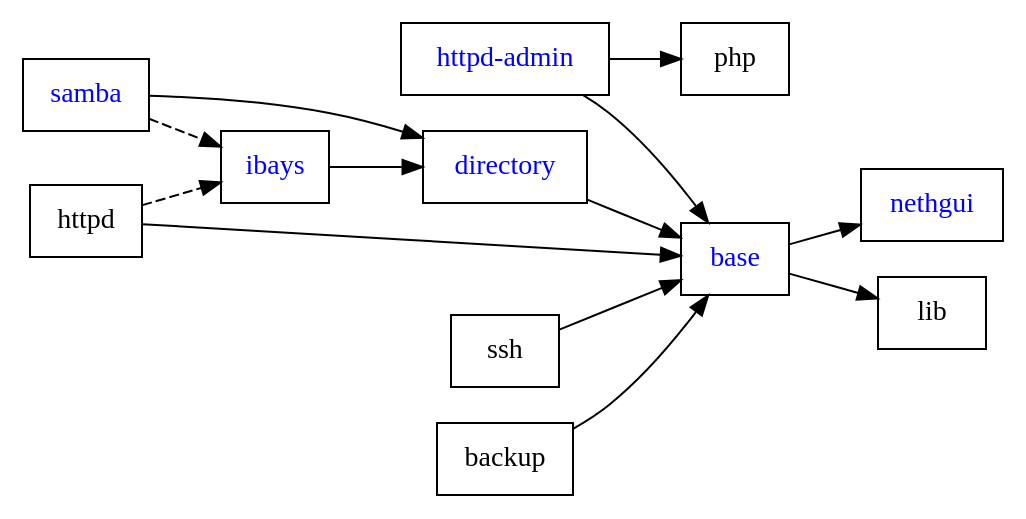
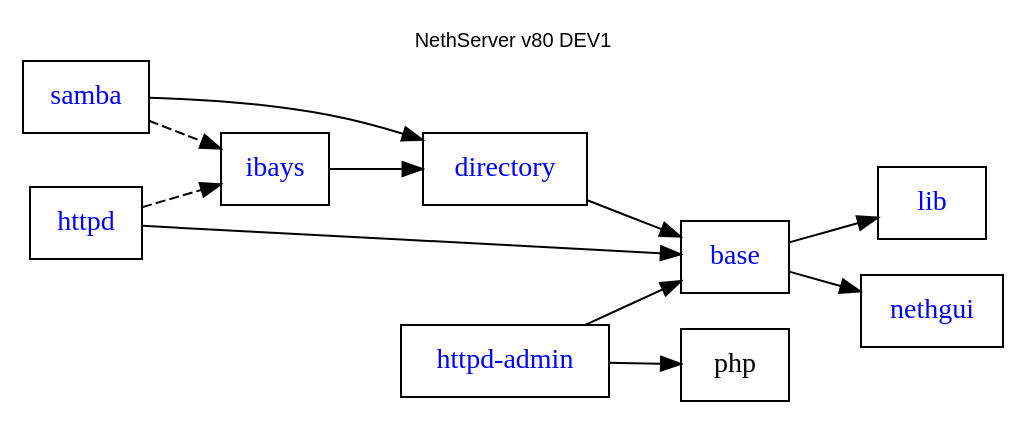
The diagram in nethserver/package-dependencies.dot (nethesis/dev-nethesis-it), drawn with Graphviz before and after one commit.

Commit message:
DEV1 dependencies

```diff
--- a/nethserver/package-dependencies.dot
+++ b/nethserver/package-dependencies.dot
@@ -1,23 +1,27 @@
-digraph G {
-    rankdir = "LR"; compound = true; concentrate = true; fontname = "Arial"; fontnames="svg"; fontsize=10.0; 
+digraph DEV1 {
+    rankdir = "LR"; compound = true; concentrate = true; fontname = "Arial"; fontnames="svg"; fontsize=10.0; label="NethServer v80 DEV1"; labelloc = "t"
     node [shape=rect];
     httpd_admin [fontcolor=blue,label="httpd-admin",URL="http://dev.nethesis.it/projects/nethserver-httpd-admin"];
     base [fontcolor=blue,URL="http://dev.nethesis.it/projects/nethserver-base"];
     directory [fontcolor=blue,URL="http://dev.nethesis.it/projects/nethserver-directory"];    
     samba [fontcolor=blue,URL="http://dev.nethesis.it/projects/nethserver-samba"];    
     ibays [fontcolor=blue,URL="http://dev.nethesis.it/projects/nethserver-ibays"];    
+    lib [fontcolor=blue,URL="http://dev.nethesis.it/projects/nethserver-lib"];    
+    httpd [fontcolor=blue,URL="http://dev.nethesis.it/projects/nethserver-httpd"];    
     nethgui [fontcolor=blue,URL="http://dev.nethesis.it/projects/nethgui"];    
             
     base -> lib
     base -> nethgui
-    ssh -> base
+#    ssh -> base
     directory -> base
     samba -> directory
     ibays -> directory
     httpd -> base
+#    hosts -> base
     httpd_admin -> php
     httpd_admin -> base
-    backup -> base
+#    backup -> base
     samba -> ibays [style=dashed];
     httpd -> ibays [style=dashed]; 
+#    httpd -> hosts [style=dashed];
 }
```
